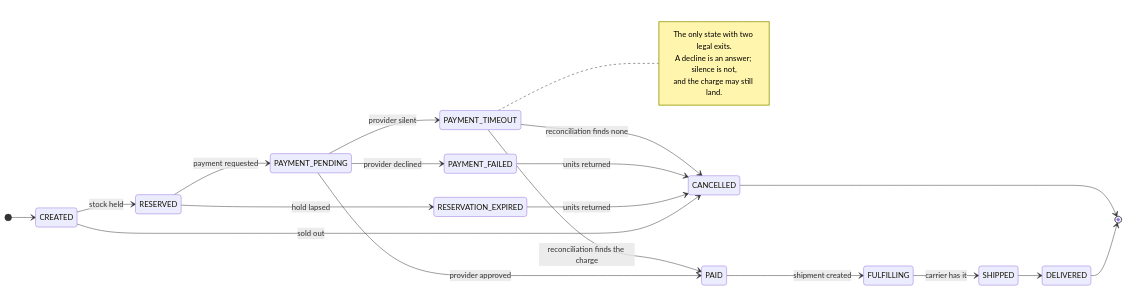
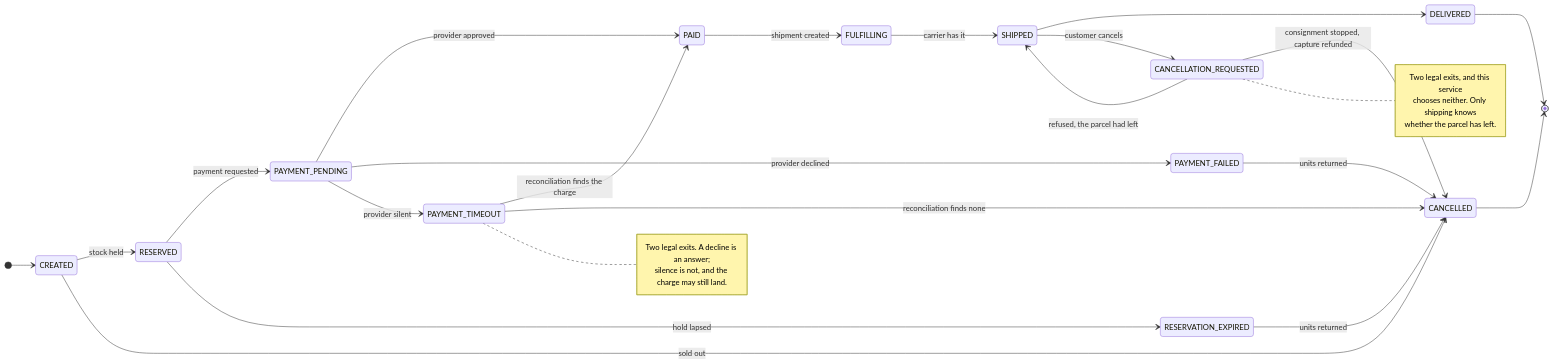
Before and after one commit to Lucifer0798/flashcart: the first of 3 diagrams in docs/architecture.md, drawn with Mermaid. The commit also changed other lines of this file and 42 other files, not shown here.

````diff
--- a/docs/architecture.md
+++ b/docs/architecture.md
@@ -82,32 +82,41 @@
 ```mermaid
 stateDiagram-v2
     direction LR
     [*] --> CREATED
 
     CREATED --> RESERVED: stock held
     RESERVED --> PAYMENT_PENDING: payment requested
     PAYMENT_PENDING --> PAID: provider approved
     PAID --> FULFILLING: shipment created
     FULFILLING --> SHIPPED: carrier has it
     SHIPPED --> DELIVERED
     DELIVERED --> [*]
+
+    SHIPPED --> CANCELLATION_REQUESTED: customer cancels
+    CANCELLATION_REQUESTED --> CANCELLED: consignment stopped, capture refunded
+    CANCELLATION_REQUESTED --> SHIPPED: refused, the parcel had left
 
     CREATED --> CANCELLED: sold out
     RESERVED --> RESERVATION_EXPIRED: hold lapsed
     PAYMENT_PENDING --> PAYMENT_FAILED: provider declined
     PAYMENT_PENDING --> PAYMENT_TIMEOUT: provider silent
 
     RESERVATION_EXPIRED --> CANCELLED: units returned
     PAYMENT_FAILED --> CANCELLED: units returned
 
     PAYMENT_TIMEOUT --> PAID: reconciliation finds the charge
     PAYMENT_TIMEOUT --> CANCELLED: reconciliation finds none
 
     CANCELLED --> [*]
 
     note right of PAYMENT_TIMEOUT
-        The only state with two legal exits.
-        A decline is an answer; silence is not,
-        and the charge may still land.
+        Two legal exits. A decline is an answer;
+        silence is not, and the charge may still land.
+    end note
+
+    note right of CANCELLATION_REQUESTED
+        Two legal exits, and this service
+        chooses neither. Only shipping knows
+        whether the parcel has left.
     end note
 ```
````
